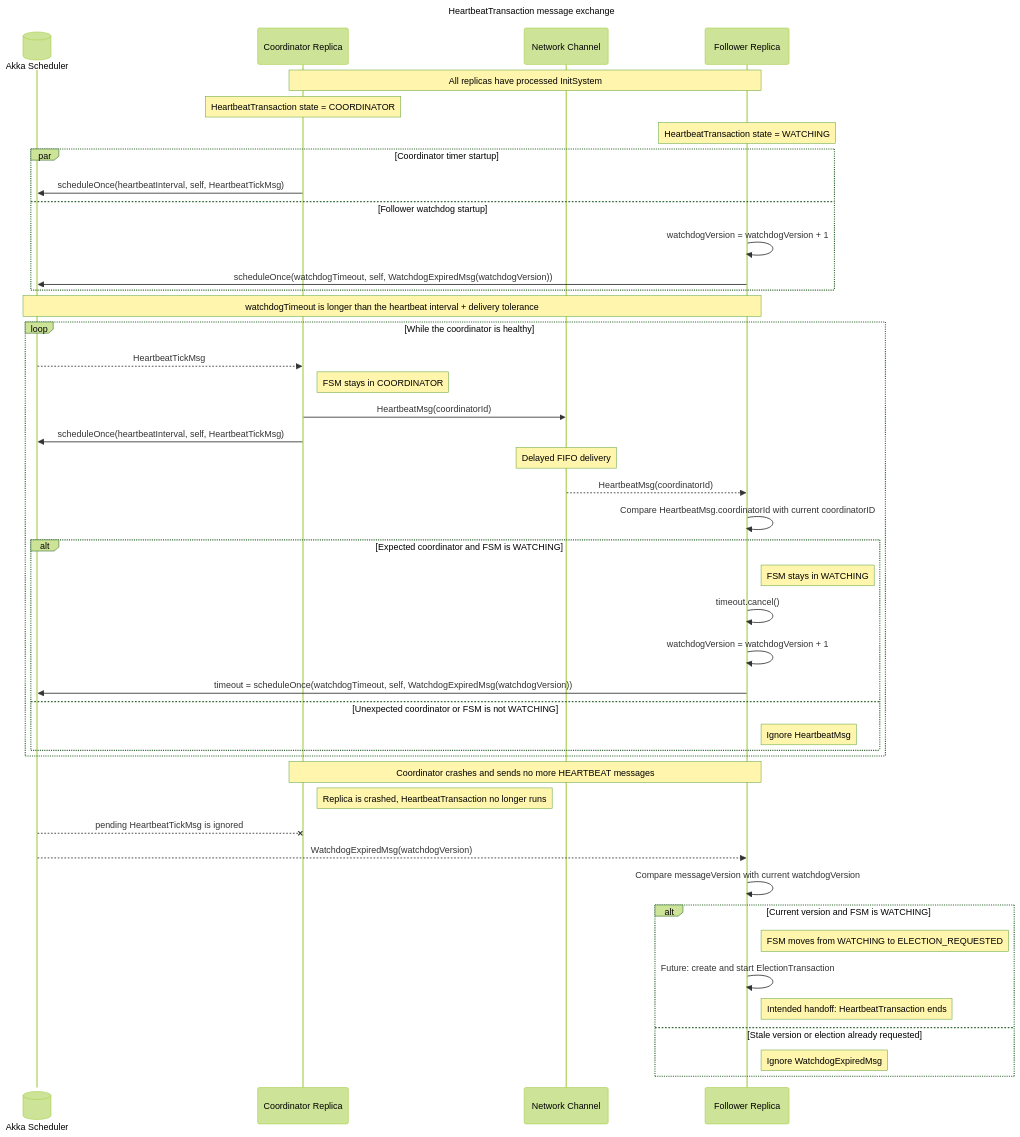
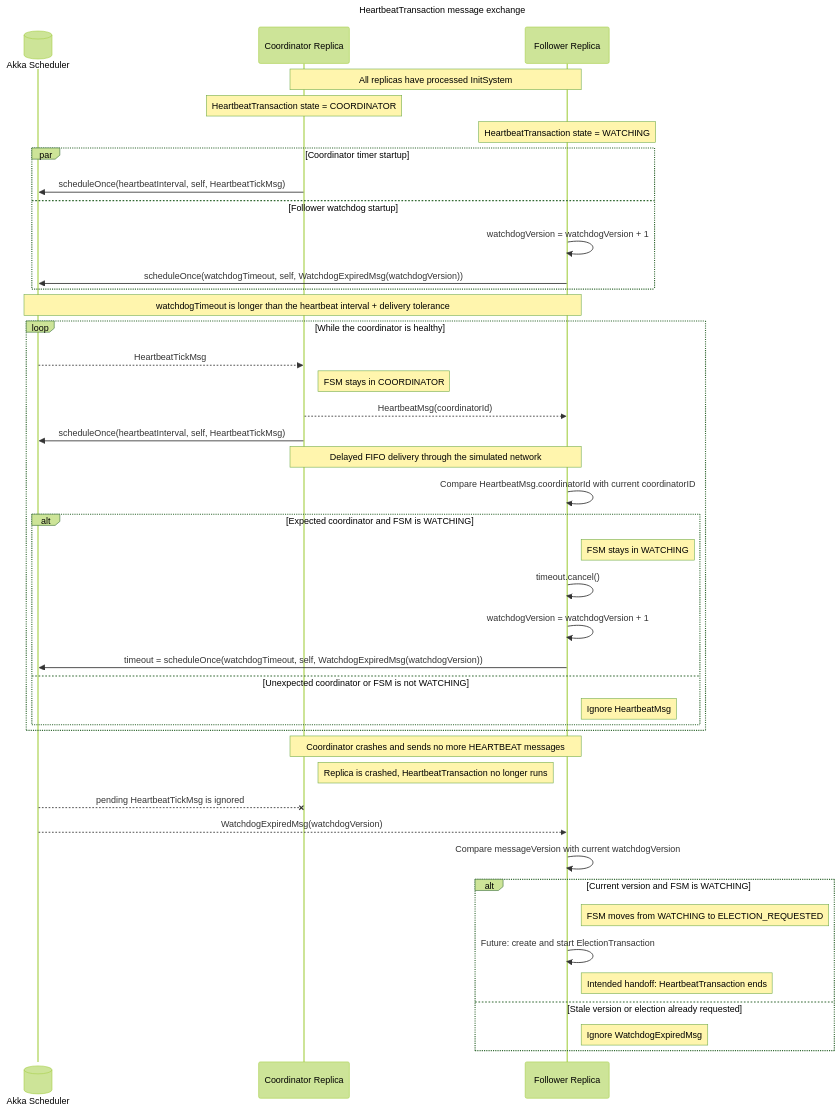
One commit to alanmasu/CoreDump_DS_Project changed the diagram in charts/TransactionHeartbeatSequence.mmd. Above: the diagram before and after it, drawn with Mermaid.

Commit message:
refactor: Simplify TransactionHeartbeatSequence diagram by removing Network Channel and clarifying message delivery

```diff
--- a/charts/TransactionHeartbeatSequence.mmd
+++ b/charts/TransactionHeartbeatSequence.mmd
@@ -1,124 +1,122 @@
 ---
 title: HeartbeatTransaction message exchange
 config:
     theme: forest
 ---
 
 sequenceDiagram
 
     %% HeartbeatTransaction is a normal Java object owned by Replica, not an
     %% Akka actor with its own mailbox. For that reason, the diagram shows the
     %% Replica actors as participants and describes transaction states in notes.
 
-    %% S is the ActorSystem scheduler. C is the current coordinator actor.
-    %% N represents the latency-aware FIFO NetworkChannel between C and one
-    %% representative follower F. A real broadcast uses one channel per target.
+    %% S is the ActorSystem scheduler. C is the current coordinator actor and F
+    %% is one representative follower. A real broadcast targets every follower.
     participant S@{ "type" : "database", "alias": "Akka Scheduler" }
 
     participant C as Coordinator Replica
-    participant N as Network Channel
     participant F as Follower Replica
 
     %% Master and InitSystem are intentionally outside this diagram's scope.
     %% Heartbeat timers start only after each Replica has processed InitSystem
     %% and knows both the group membership and current coordinator ID.
     Note over C,F: All replicas have processed InitSystem
 
     %% These notes connect the message exchange to
     %% TransactionHeartbeatCoordinatorFSM.mmd and
     %% TransactionHeartbeatFollowerFSM.mmd.
     %% One HeartbeatTransaction is active per Replica for one coordinator term.
     Note over C: HeartbeatTransaction state = COORDINATOR
     Note over F: HeartbeatTransaction state = WATCHING
 
     %% The two startup operations are independent, so their execution order is
     %% not important. scheduleOnce is an Akka Scheduler API call, not a network
     %% protocol message. "self" means the scheduling Replica's own ActorRef.
     %% The full Java call will also supply a dispatcher and sender ActorRef.
     par Coordinator timer startup
         C ->> S: scheduleOnce(heartbeatInterval, self, HeartbeatTickMsg)
     and Follower watchdog startup
         %% watchdogVersion is local to F and starts at 0. Every newly armed
         %% watchdog increments it before placing that value in WatchdogExpiredMsg.
         %% The value never travels through NetworkChannel or to another Replica.
         F ->> F: watchdogVersion = watchdogVersion + 1
         F ->> S: scheduleOnce(watchdogTimeout, self, WatchdogExpiredMsg(watchdogVersion))
     end
 
     %% Akka is not a real-time system, so startup call order alone cannot ensure
     %% that HeartbeatMsg arrives before WatchdogExpiredMsg. The watchdog duration must
     %% leave room for the heartbeat interval, channel latency, and scheduling
     %% tolerance. The exact timeout formula will be defined in one Java helper.
     Note over S,F: watchdogTimeout is longer than the heartbeat interval + delivery tolerance
 
     %% We use recursive one-shot scheduling rather than a repeating fixed-rate
     %% task: handling one HeartbeatTickMsg sends HeartbeatMsg and schedules the next
     %% HeartbeatTickMsg. This makes timer ownership and cancellation explicit.
     loop While the coordinator is healthy
         %% -->> represents delayed/asynchronous delivery into C's actor mailbox.
         %% HeartbeatTickMsg is internal; it is never broadcast to followers.
         S -->> C: HeartbeatTickMsg
         Note right of C: FSM stays in COORDINATOR
 
         %% HeartbeatMsg contains the ID of the Replica that sent it.
-        C ->> N: HeartbeatMsg(coordinatorId)
+        C -->> F: HeartbeatMsg(coordinatorId)
         C ->> S: scheduleOnce(heartbeatInterval, self, HeartbeatTickMsg)
 
-        %% NetworkChannel delays the message and delivers it asynchronously.
-        Note over N: Delayed FIFO delivery
-        N -->> F: HeartbeatMsg(coordinatorId)
+        %% The direct arrow abstracts the latency-aware FIFO NetworkChannel used
+        %% by Replica.broadcast(); delivery is still delayed and asynchronous.
+        Note over C,F: Delayed FIFO delivery through the simulated network
 
         %% The follower validates the sender before resetting its watchdog.
         F ->> F: Compare HeartbeatMsg.coordinatorId with current coordinatorID
 
         alt Expected coordinator and FSM is WATCHING
             %% An accepted heartbeat proves that the coordinator is alive.
             Note right of F: FSM stays in WATCHING
 
             %% cancel() is a local call, not a message to the Scheduler.
             F ->> F: timeout.cancel()
 
             %% Create a new watchdog with a newer version.
             F ->> F: watchdogVersion = watchdogVersion + 1
             F ->> S: timeout = scheduleOnce(watchdogTimeout, self, WatchdogExpiredMsg(watchdogVersion))
         else Unexpected coordinator or FSM is not WATCHING
             %% Invalid or irrelevant heartbeats cannot reset the watchdog.
             Note right of F: Ignore HeartbeatMsg
         end
     end
 
 
     %% The healthy loop ends when the coordinator crashes. No HEARTBEAT arrow
     %% is drawn here because a crashed coordinator sends nothing.
     Note over C,F: Coordinator crashes and sends no more HEARTBEAT messages
 
     %% The crashed coordinator cannot cancel its timer or perform another state
     %% transition. A HeartbeatTickMsg that was scheduled before the crash may still
     %% be sent, but the crashed Replica ignores it and broadcasts no HeartbeatMsg.
     Note right of C: Replica is crashed, HeartbeatTransaction no longer runs
     S --x C: pending HeartbeatTickMsg is ignored
 
     %% Since no valid HeartbeatMsg resets the follower's watchdog, Akka eventually
     %% delivers the WatchdogExpiredMsg object created by scheduleOnce().
     S -->> F: WatchdogExpiredMsg(watchdogVersion)
     F ->> F: Compare messageVersion with current watchdogVersion
 
     %% The version check distinguishes the active watchdog from a cancelled
     %% watchdog message that reached the mailbox too late to be removed.
     alt Current version and FSM is WATCHING
         %% Changing state first prevents later timeout messages from starting
         %% additional elections.
         Note right of F: FSM moves from WATCHING to ELECTION_REQUESTED
 
         %% ElectionTransaction will be a normal Java object owned by the same
         %% Replica. Its construction and startup are not implemented yet.
         F ->> F: Future: create and start ElectionTransaction
 
         %% Once that integration exists, ElectionTransaction will own the recovery
         %% process and this heartbeat transaction will end.
         Note right of F: Intended handoff: HeartbeatTransaction ends
     else Stale version or election already requested
         %% Either the watchdog was reset by a newer HeartbeatMsg, or another valid
         %% timeout has already started an election. No action should be repeated.
         Note right of F: Ignore WatchdogExpiredMsg
     end
```
